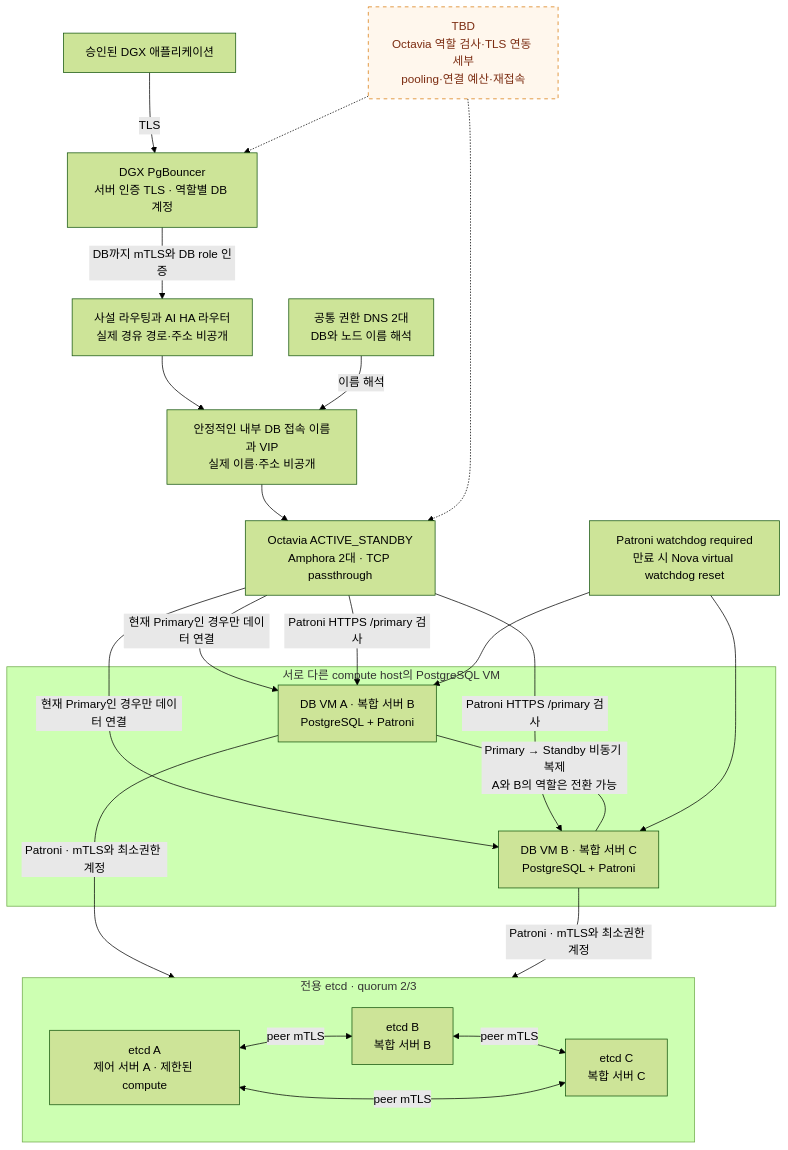
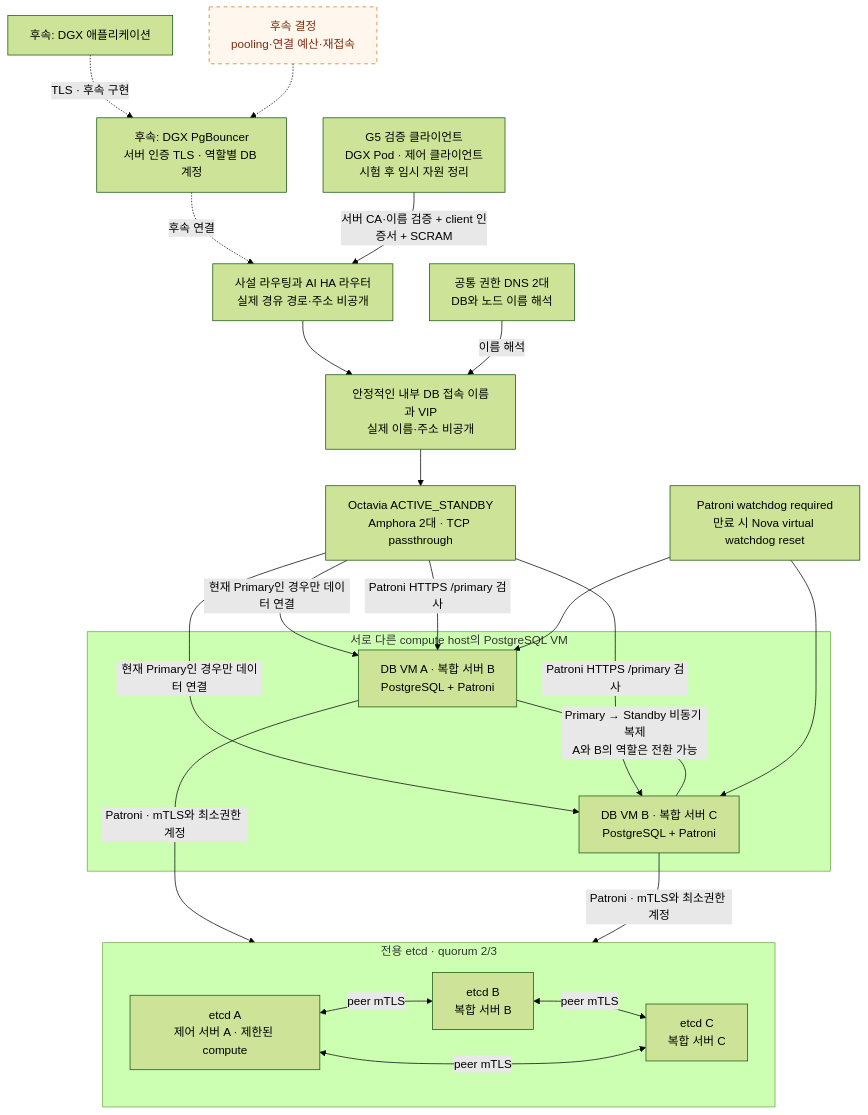
Before and after one commit to seungyeobchoi/portfolio: the fourth of 7 diagrams in docs/ai-chatbot-architecture.md, drawn with Mermaid (forest theme). The commit also changed other lines of this file and 8 other files, not shown here.

First line of the commit message:
docs: complete G5 HA case study and refresh AI architecture

````diff
--- a/docs/ai-chatbot-architecture.md
+++ b/docs/ai-chatbot-architecture.md
@@ -177,40 +178,41 @@
 ```mermaid
 flowchart TB
-    APP["승인된 DGX 애플리케이션"]
-    PGB["DGX PgBouncer<br/>서버 인증 TLS · 역할별 DB 계정"]
+    APP["후속: DGX 애플리케이션"]
+    PROBE["G5 검증 클라이언트<br/>DGX Pod · 제어 클라이언트<br/>시험 후 임시 자원 정리"]
+    PGB["후속: DGX PgBouncer<br/>서버 인증 TLS · 역할별 DB 계정"]
     ROUTE["사설 라우팅과 AI HA 라우터<br/>실제 경유 경로·주소 비공개"]
     VIP["안정적인 내부 DB 접속 이름과 VIP<br/>실제 이름·주소 비공개"]
     LB["Octavia ACTIVE_STANDBY<br/>Amphora 2대 · TCP passthrough"]
     subgraph PG["서로 다른 compute host의 PostgreSQL VM"]
         A["DB VM A · 복합 서버 B<br/>PostgreSQL + Patroni"]
         B["DB VM B · 복합 서버 C<br/>PostgreSQL + Patroni"]
     end
     subgraph DCS["전용 etcd · quorum 2/3"]
         E1["etcd A<br/>제어 서버 A · 제한된 compute"]
         E2["etcd B<br/>복합 서버 B"]
         E3["etcd C<br/>복합 서버 C"]
     end
     DNS["공통 권한 DNS 2대<br/>DB와 노드 이름 해석"]
     WATCH["Patroni watchdog required<br/>만료 시 Nova virtual watchdog reset"]
-    DETAIL["TBD<br/>Octavia 역할 검사·TLS 연동 세부<br/>pooling·연결 예산·재접속"]
-    APP -->|"TLS"| PGB
-    PGB -->|"DB까지 mTLS와 DB role 인증"| ROUTE
+    DETAIL["후속 결정<br/>pooling·연결 예산·재접속"]
+    APP -.->|"TLS · 후속 구현"| PGB
+    PGB -.->|"후속 연결"| ROUTE
+    PROBE -->|"서버 CA·이름 검증 + client 인증서 + SCRAM"| ROUTE
     ROUTE --> VIP --> LB
     LB -->|"현재 Primary인 경우만 데이터 연결"| A
     LB -->|"현재 Primary인 경우만 데이터 연결"| B
     LB -->|"Patroni HTTPS /primary 검사"| A
     LB -->|"Patroni HTTPS /primary 검사"| B
     A ---|"Primary → Standby 비동기 복제<br/>A와 B의 역할은 전환 가능"| B
     A -->|"Patroni · mTLS와 최소권한 계정"| DCS
     B -->|"Patroni · mTLS와 최소권한 계정"| DCS
     E1 <-->|"peer mTLS"| E2
     E2 <-->|"peer mTLS"| E3
     E3 <-->|"peer mTLS"| E1
     DNS -->|"이름 해석"| VIP
     WATCH --> A
     WATCH --> B
-    DETAIL -.-> LB
     DETAIL -.-> PGB
     classDef tbd fill:#fff7ed,stroke:#d97706,color:#7c2d12,stroke-dasharray:5 5;
     class DETAIL tbd;
 ```
````
